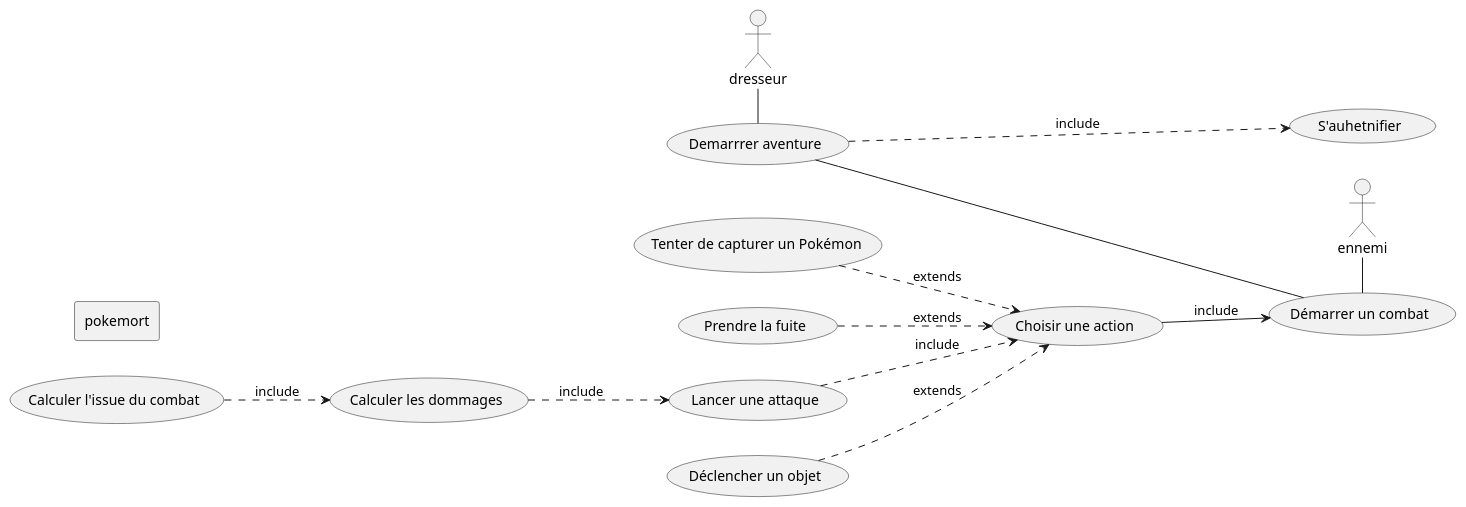
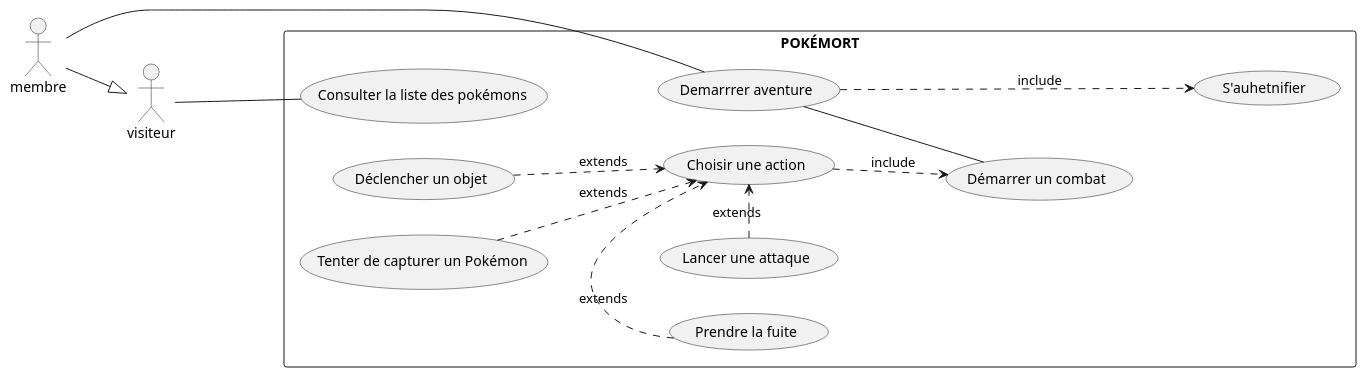
Before and after one commit to cedwics10/pokemort: the diagram in documents/merise/uml/usecase/trainer.wsd, drawn with PlantUML. The commit also changed 3 other files, not shown here.

Commit message:
Use cse update : rectangle diagramm

```diff
--- a/documents/merise/uml/usecase/trainer.wsd
+++ b/documents/merise/uml/usecase/trainer.wsd
@@ -1,40 +1,41 @@
 @startuml
+left to right direction
+skinparam packageStyle rectangle
 
-left to right direction
+actor visiteur
+actor membre
 
-actor dresseur
-actor ennemi
+membre --|> visiteur
 
-usecase "S'auhetnifier" as AUTH
-usecase "Demarrrer aventure" as START
-usecase "Démarrer un combat" as BATTLE
-usecase "Lancer une attaque" as ATTACK
-usecase "Choisir une action" as LAUNCH
-usecase "Déclencher un objet" as OBJECT
-usecase "Tenter de capturer un Pokémon" as CATCH
-usecase "Prendre la fuite" as FLEE
-usecase "Calculer les dommages" as DAMAGES
-usecase "Calculer l'issue du combat" as OUTCOME
+rectangle "POKÉMORT" {
 
-rectangle "pokemort" {
-    dresseur - START
-    START ...> AUTH : include
-    START --- BATTLE
+    usecase "S'auhetnifier" as AUTH
+    usecase "Demarrrer aventure" as START
+    usecase "Consulter la liste des pokémons" as POKEDEX
 
-    ennemi - BATTLE
+    usecase "Démarrer un combat" as BATTLE
 
-    LAUNCH --> BATTLE : include
+    usecase "Choisir une action" as LAUNCH
 
-    OBJECT ..> LAUNCH : extends
-    CATCH ..> LAUNCH : extends
-    FLEE ..> LAUNCH : extends
+    usecase "Lancer une attaque" as ATTACK
+    usecase "Déclencher un objet" as OBJECT
+    usecase "Tenter de capturer un Pokémon" as CATCH
+    usecase "Prendre la fuite" as FLEE
 
-    ATTACK ..> LAUNCH : include
+    visiteur --- (POKEDEX)
 
-    DAMAGES ..> ATTACK : include
+    membre - (START)
 
-    OUTCOME ..> DAMAGES : include
+    (START) ...> (AUTH) : include
+    (START) -- (BATTLE)
+
+    (LAUNCH) ..> (BATTLE) : include
+    
+    (OBJECT) ..> (LAUNCH) : extends
+    (CATCH) ..> (LAUNCH) : extends
+    (ATTACK) .> (LAUNCH) : extends
+    (FLEE) .> (LAUNCH) : extends
 
 }
 
 @enduml
```
